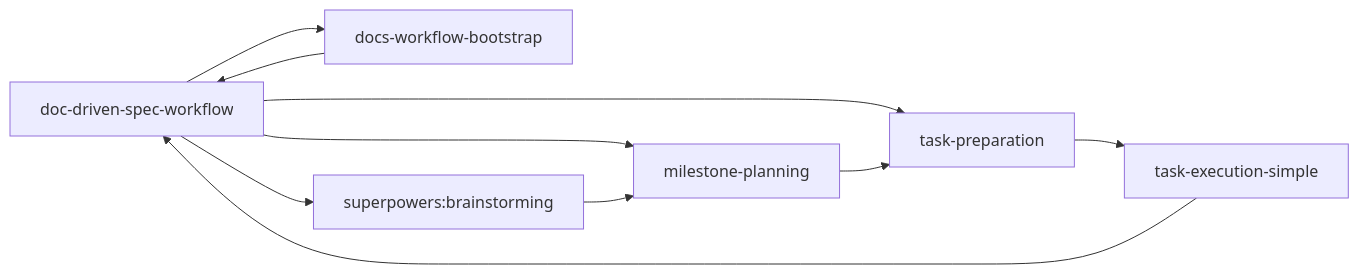
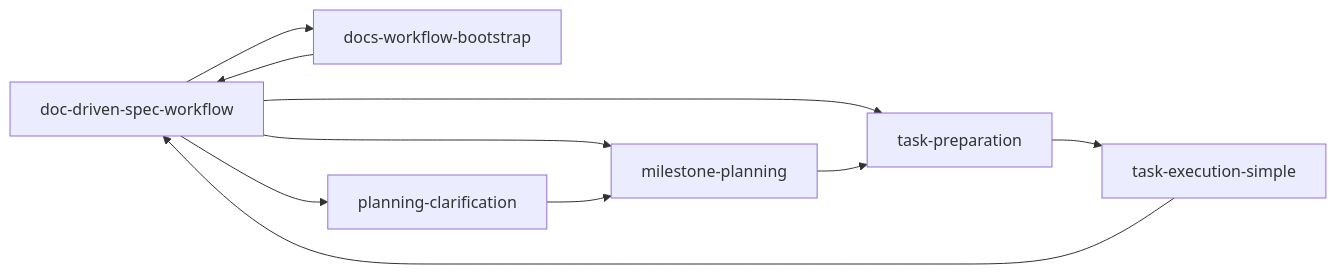
One commit to Adol1111/doc-driven-spec-workflow changed the first of 7 diagrams in WORKFLOW-STRUCTURE.md. Above: the diagram before and after it, drawn with Mermaid. The commit also changed other lines of this file and 2 other files, not shown here.

````diff
--- a/WORKFLOW-STRUCTURE.md
+++ b/WORKFLOW-STRUCTURE.md
@@ -23,19 +23,19 @@
 ```mermaid
 flowchart LR
     Root[doc-driven-spec-workflow]
     Bootstrap[docs-workflow-bootstrap]
-    Brainstorm[superpowers:brainstorming]
+    Brainstorm[planning-clarification]
     Milestone[milestone-planning]
     Preparation[task-preparation]
     SimpleExecution[task-execution-simple]
 
     Root --> Bootstrap
     Root --> Brainstorm
     Root --> Milestone
     Root --> Preparation
     Bootstrap --> Root
     Brainstorm --> Milestone
     Milestone --> Preparation
     Preparation --> SimpleExecution
     SimpleExecution --> Root
 ```
````
